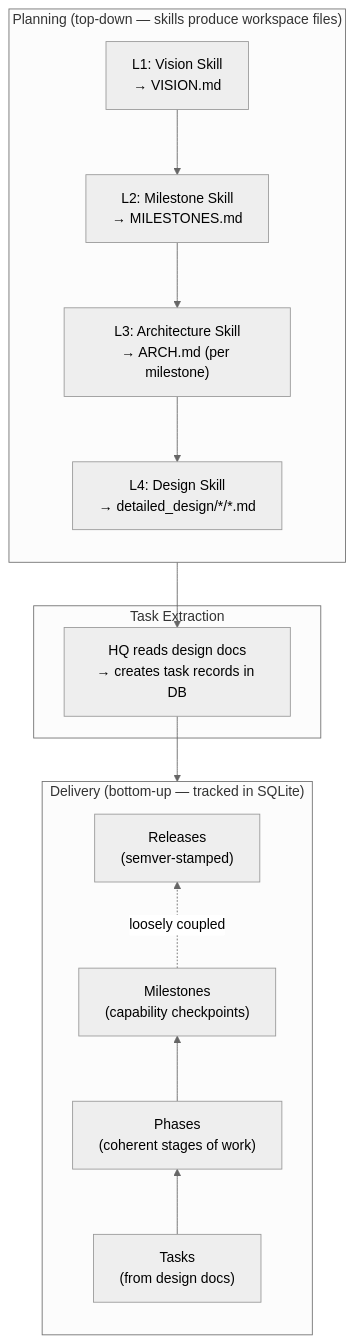
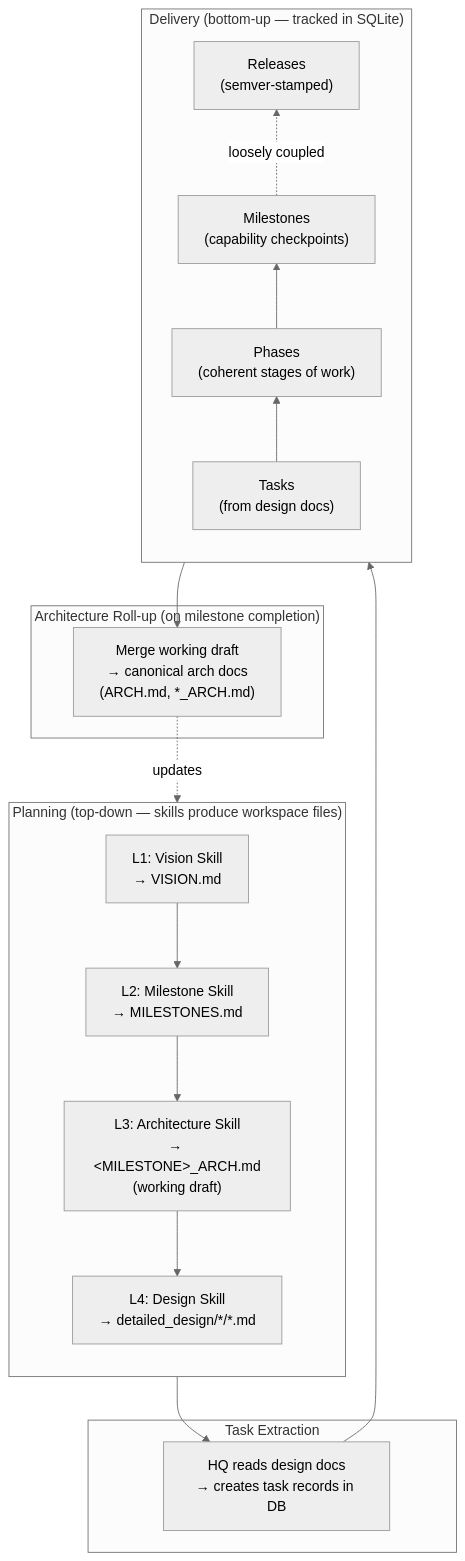
Before and after one commit to operator-auteng-ai/hq: the second of 5 diagrams in docs/ARCH.md, drawn with Mermaid (neutral theme). The commit also changed other lines of this file and 3 other files, not shown here.

First line of the commit message:
docs: add architecture working draft → canonical roll-up lifecycle

````diff
--- a/docs/ARCH.md
+++ b/docs/ARCH.md
@@ -45,26 +45,32 @@
 ```mermaid
 graph TB
     subgraph Planning["Planning (top-down — skills produce workspace files)"]
         direction TB
         V["L1: Vision Skill<br/>→ VISION.md"]
         M["L2: Milestone Skill<br/>→ MILESTONES.md"]
-        A["L3: Architecture Skill<br/>→ ARCH.md (per milestone)"]
+        A["L3: Architecture Skill<br/>→ &lt;MILESTONE&gt;_ARCH.md<br/>(working draft)"]
         D["L4: Design Skill<br/>→ detailed_design/*/*.md"]
         V --> M --> A --> D
     end
 
     subgraph Bridge["Task Extraction"]
         TE["HQ reads design docs<br/>→ creates task records in DB"]
     end
 
     subgraph Delivery["Delivery (bottom-up — tracked in SQLite)"]
         direction BT
         T["Tasks<br/>(from design docs)"]
         P["Phases<br/>(coherent stages of work)"]
         MS["Milestones<br/>(capability checkpoints)"]
         R["Releases<br/>(semver-stamped)"]
         T --> P --> MS -.->|"loosely coupled"| R
     end
 
+    subgraph Rollup["Architecture Roll-up (on milestone completion)"]
+        RU["Merge working draft<br/>→ canonical arch docs<br/>(ARCH.md, *_ARCH.md)"]
+    end
+
     D --> TE --> T
+    MS --> RU
+    RU -.->|"updates"| A
 ```
````
